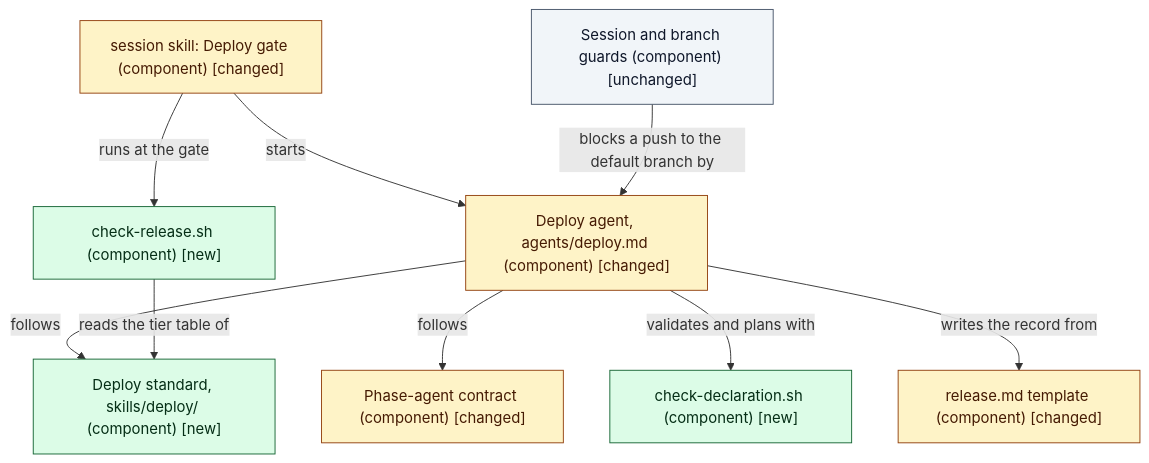
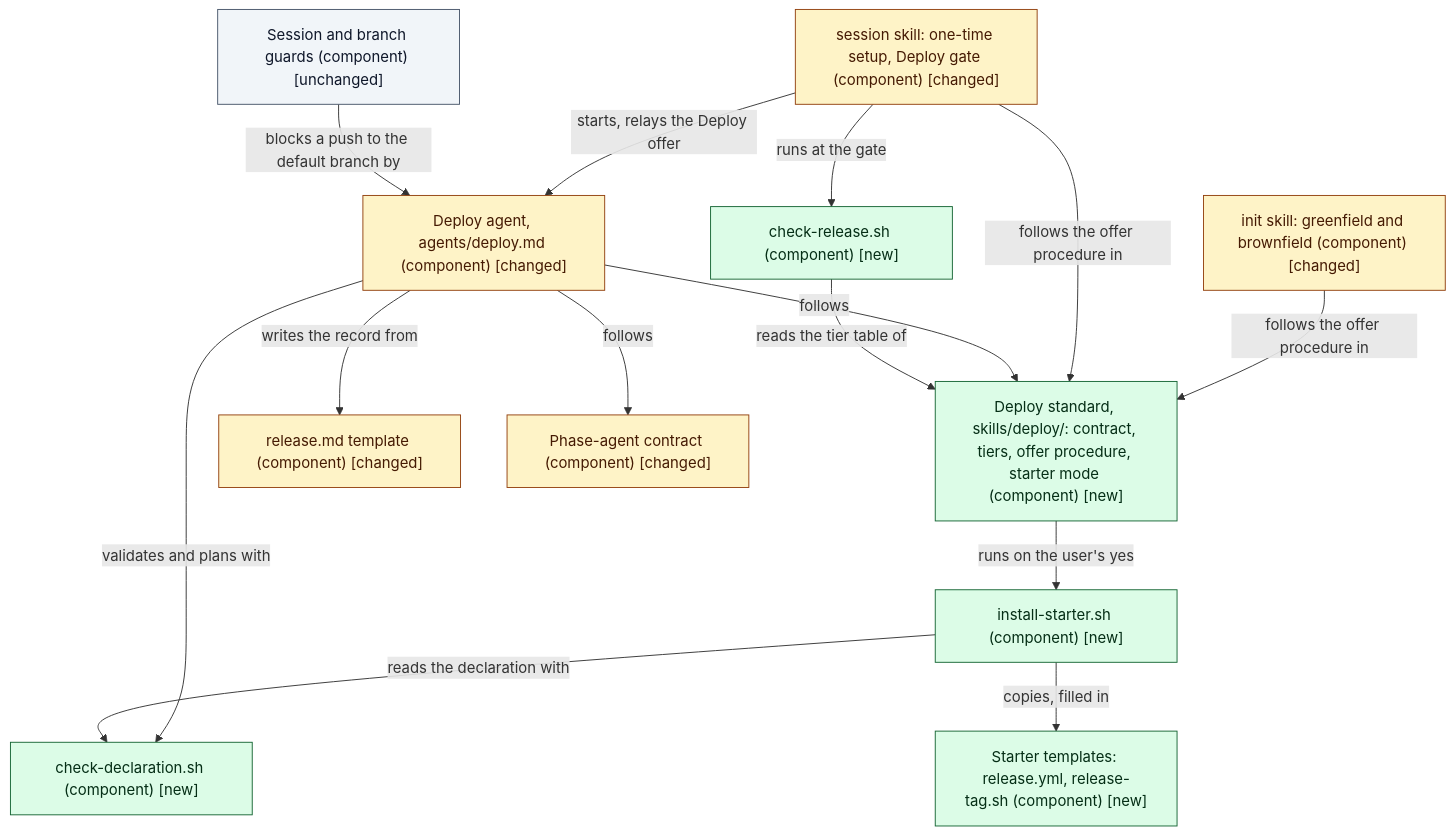
The second of 5 diagrams in docs/sessions/2026-10-24-deploy-phase-depth/design/index.md (dkoenawan/compass-labs), drawn with Mermaid before and after one commit. The commit also changed other lines of this file and 1 other file, not shown here.

````diff
--- a/docs/sessions/2026-10-24-deploy-phase-depth/design/index.md
+++ b/docs/sessions/2026-10-24-deploy-phase-depth/design/index.md
@@ -79,23 +81,31 @@
 ```mermaid
 flowchart TB
   classDef new fill:#DCFCE7,stroke:#166534,color:#052E16
   classDef changed fill:#FEF3C7,stroke:#92400E,color:#451A03
   classDef deprecated fill:#FEE2E2,stroke:#991B1B,color:#450A0A,stroke-dasharray:4 3
   classDef unchanged fill:#F1F5F9,stroke:#475569,color:#0F172A
-  ORCH["session skill: Deploy gate (component) [changed]"]:::changed
+  INIT["init skill: greenfield and brownfield (component) [changed]"]:::changed
+  ORCH["session skill: one-time setup, Deploy gate (component) [changed]"]:::changed
   AGENT["Deploy agent, agents/deploy.md (component) [changed]"]:::changed
-  STD["Deploy standard, skills/deploy/ (component) [new]"]:::new
+  STD["Deploy standard, skills/deploy/: contract, tiers, offer procedure, starter mode (component) [new]"]:::new
   CD["check-declaration.sh (component) [new]"]:::new
+  IS["install-starter.sh (component) [new]"]:::new
+  TMPL["Starter templates: release.yml, release-tag.sh (component) [new]"]:::new
   CR["check-release.sh (component) [new]"]:::new
   TPL["release.md template (component) [changed]"]:::changed
   CONTRACT["Phase-agent contract (component) [changed]"]:::changed
   GUARD["Session and branch guards (component) [unchanged]"]:::unchanged
-  ORCH -->|"starts"| AGENT
+  INIT -->|"follows the offer procedure in"| STD
+  ORCH -->|"follows the offer procedure in"| STD
+  ORCH -->|"starts, relays the Deploy offer"| AGENT
   ORCH -->|"runs at the gate"| CR
   AGENT -->|"follows"| STD
   AGENT -->|"follows"| CONTRACT
   AGENT -->|"validates and plans with"| CD
   AGENT -->|"writes the record from"| TPL
+  STD -->|"runs on the user's yes"| IS
+  IS -->|"reads the declaration with"| CD
+  IS -->|"copies, filled in"| TMPL
   CR -->|"reads the tier table of"| STD
   GUARD -->|"blocks a push to the default branch by"| AGENT
 ```
````
